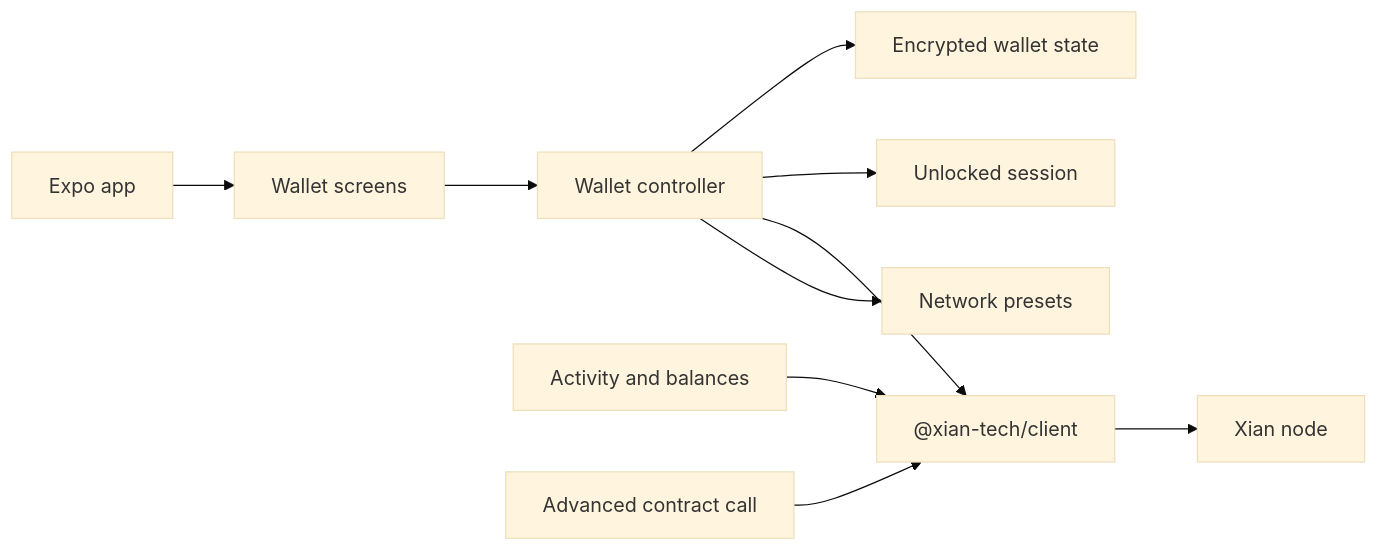
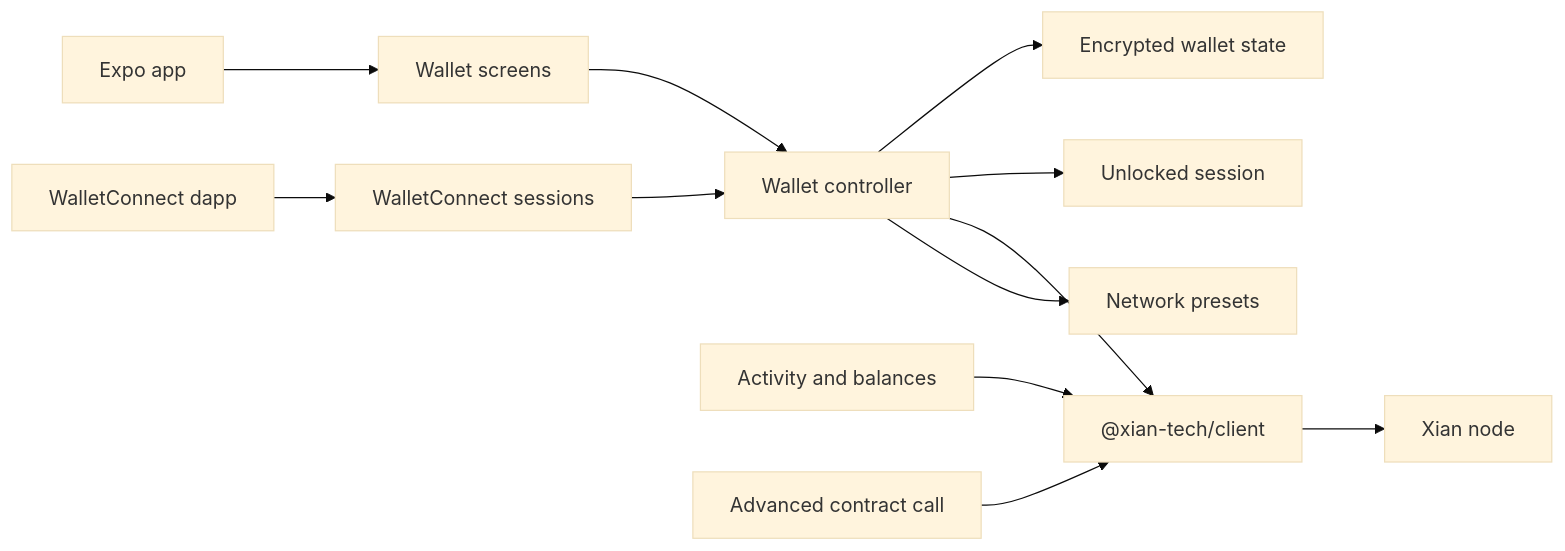
Before and after one commit to xian-technology/xian-wallet-mobile: the diagram in README.md, drawn with Mermaid (base theme). The commit also changed other lines of this file, not shown here.

First line of the commit message:
Update README for swap, WalletConnect, biometrics, and backup flows

````diff
--- a/README.md
+++ b/README.md
@@ -14,12 +14,14 @@
 ```mermaid
 flowchart LR
   App["Expo app"] --> Screens["Wallet screens"]
   Screens --> Controller["Wallet controller"]
   Controller --> AsyncStorage["Encrypted wallet state"]
   Controller --> SecureStore["Unlocked session"]
   Controller --> Client["@xian-tech/client"]
   Client --> Node["Xian node"]
   Controller --> NetworkPresets["Network presets"]
   Activity["Activity and balances"] --> Client
   AdvancedTx["Advanced contract call"] --> Client
+  Dapp["WalletConnect dapp"] --> WC["WalletConnect sessions"]
+  WC --> Controller
 ```
````
